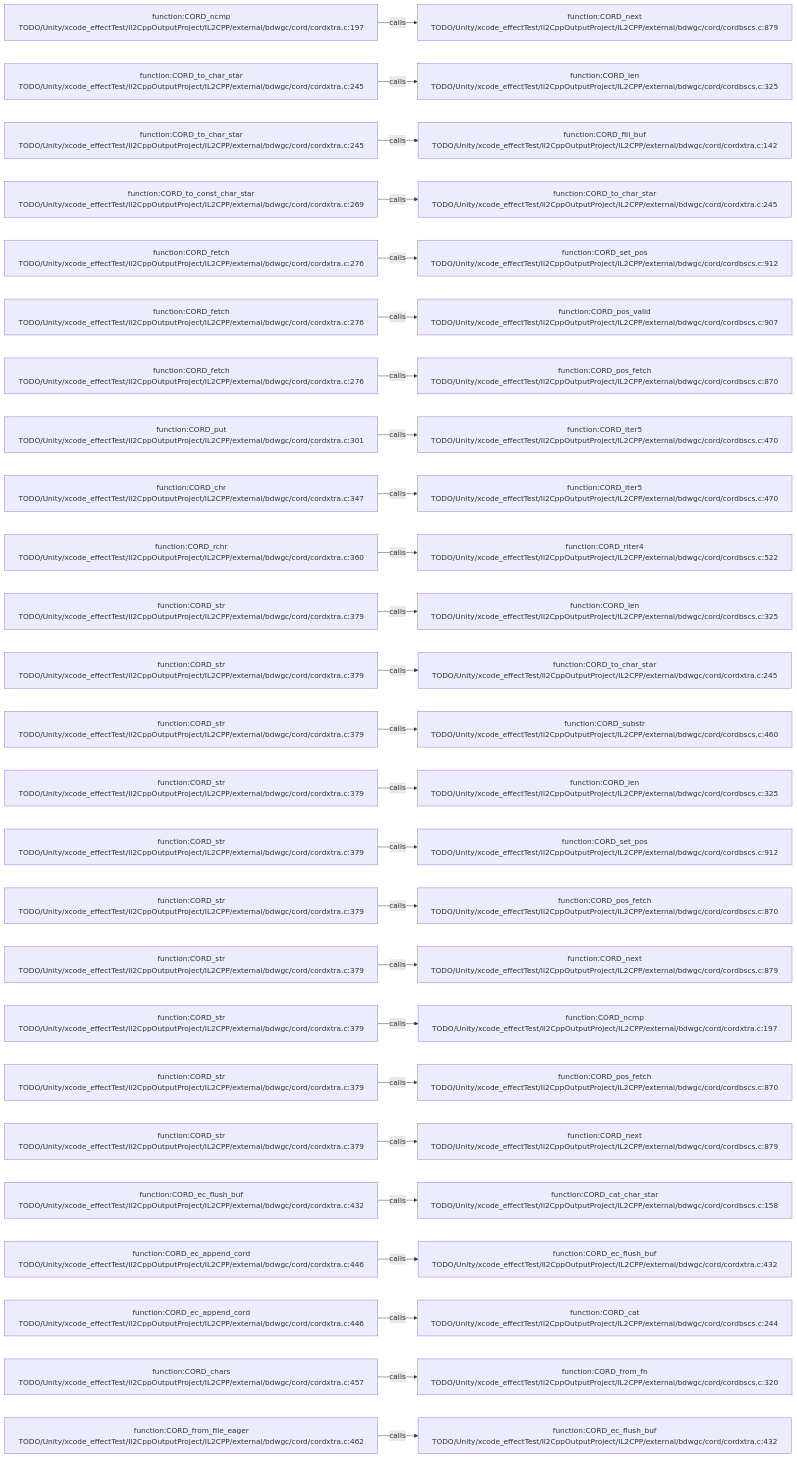
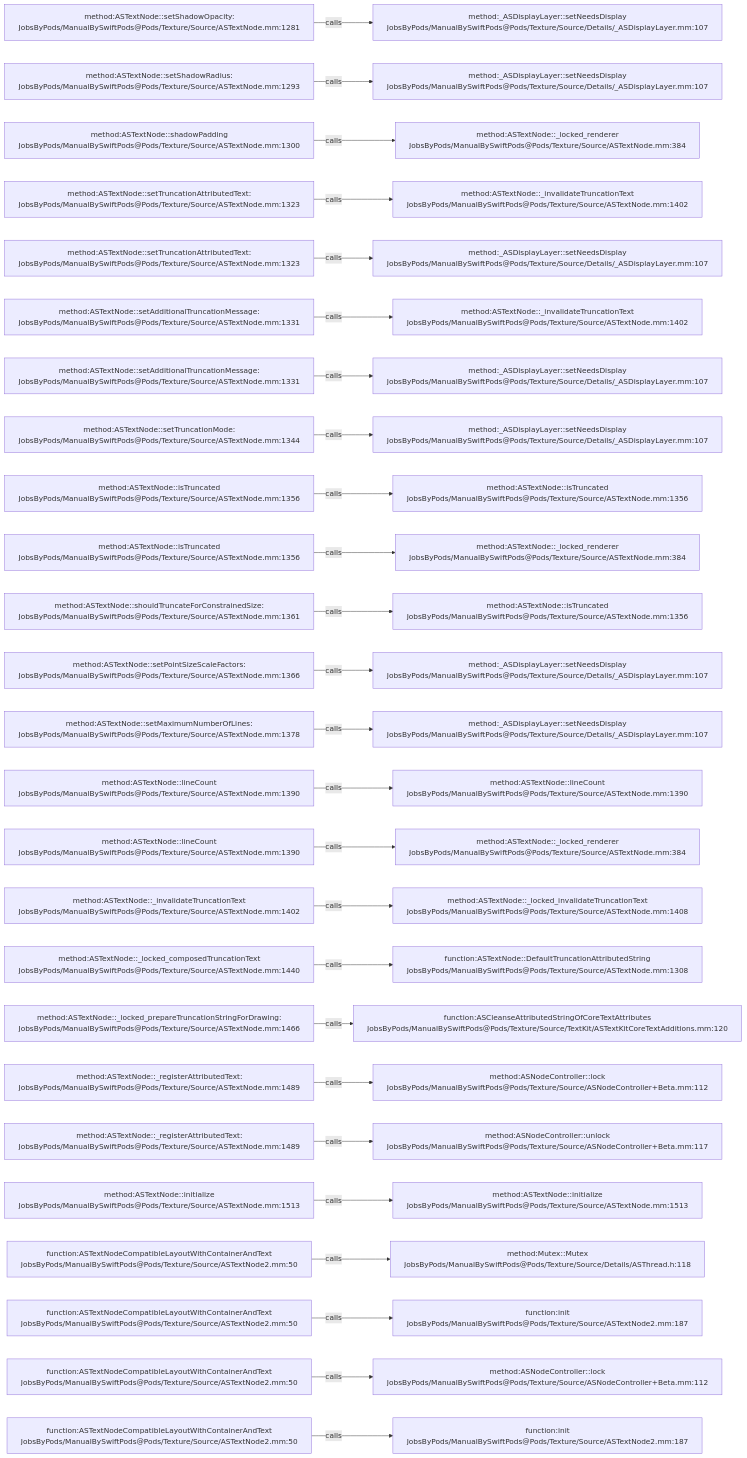
The diagram in .codegraph/codegraph.md/graphs/calls-088.md (JobsKits/JobsSwiftBaseConfigDemo), drawn with Mermaid before and after one commit. The commit also changed 2959 other files, not shown here.

````diff
--- a/.codegraph/codegraph.md/graphs/calls-088.md
+++ b/.codegraph/codegraph.md/graphs/calls-088.md
@@ -13,78 +13,78 @@
 ```mermaid
 flowchart LR
-  S1["function:CORD_ncmp<br/>TODO/Unity/xcode_effectTest/Il2CppOutputProject/IL2CPP/external/bdwgc/cord/cordxtra.c:197"]
-  T1["function:CORD_next<br/>TODO/Unity/xcode_effectTest/Il2CppOutputProject/IL2CPP/external/bdwgc/cord/cordbscs.c:879"]
+  S1["method:ASTextNode::setShadowOpacity:<br/>JobsByPods/ManualBySwiftPods@Pods/Texture/Source/ASTextNode.mm:1281"]
+  T1["method:_ASDisplayLayer::setNeedsDisplay<br/>JobsByPods/ManualBySwiftPods@Pods/Texture/Source/Details/_ASDisplayLayer.mm:107"]
   S1 -->|calls| T1
-  S2["function:CORD_to_char_star<br/>TODO/Unity/xcode_effectTest/Il2CppOutputProject/IL2CPP/external/bdwgc/cord/cordxtra.c:245"]
-  T2["function:CORD_len<br/>TODO/Unity/xcode_effectTest/Il2CppOutputProject/IL2CPP/external/bdwgc/cord/cordbscs.c:325"]
+  S2["method:ASTextNode::setShadowRadius:<br/>JobsByPods/ManualBySwiftPods@Pods/Texture/Source/ASTextNode.mm:1293"]
+  T2["method:_ASDisplayLayer::setNeedsDisplay<br/>JobsByPods/ManualBySwiftPods@Pods/Texture/Source/Details/_ASDisplayLayer.mm:107"]
   S2 -->|calls| T2
-  S3["function:CORD_to_char_star<br/>TODO/Unity/xcode_effectTest/Il2CppOutputProject/IL2CPP/external/bdwgc/cord/cordxtra.c:245"]
-  T3["function:CORD_fill_buf<br/>TODO/Unity/xcode_effectTest/Il2CppOutputProject/IL2CPP/external/bdwgc/cord/cordxtra.c:142"]
+  S3["method:ASTextNode::shadowPadding<br/>JobsByPods/ManualBySwiftPods@Pods/Texture/Source/ASTextNode.mm:1300"]
+  T3["method:ASTextNode::_locked_renderer<br/>JobsByPods/ManualBySwiftPods@Pods/Texture/Source/ASTextNode.mm:384"]
   S3 -->|calls| T3
-  S4["function:CORD_to_const_char_star<br/>TODO/Unity/xcode_effectTest/Il2CppOutputProject/IL2CPP/external/bdwgc/cord/cordxtra.c:269"]
-  T4["function:CORD_to_char_star<br/>TODO/Unity/xcode_effectTest/Il2CppOutputProject/IL2CPP/external/bdwgc/cord/cordxtra.c:245"]
+  S4["method:ASTextNode::setTruncationAttributedText:<br/>JobsByPods/ManualBySwiftPods@Pods/Texture/Source/ASTextNode.mm:1323"]
+  T4["method:ASTextNode::_invalidateTruncationText<br/>JobsByPods/ManualBySwiftPods@Pods/Texture/Source/ASTextNode.mm:1402"]
   S4 -->|calls| T4
-  S5["function:CORD_fetch<br/>TODO/Unity/xcode_effectTest/Il2CppOutputProject/IL2CPP/external/bdwgc/cord/cordxtra.c:276"]
-  T5["function:CORD_set_pos<br/>TODO/Unity/xcode_effectTest/Il2CppOutputProject/IL2CPP/external/bdwgc/cord/cordbscs.c:912"]
+  S5["method:ASTextNode::setTruncationAttributedText:<br/>JobsByPods/ManualBySwiftPods@Pods/Texture/Source/ASTextNode.mm:1323"]
+  T5["method:_ASDisplayLayer::setNeedsDisplay<br/>JobsByPods/ManualBySwiftPods@Pods/Texture/Source/Details/_ASDisplayLayer.mm:107"]
   S5 -->|calls| T5
-  S6["function:CORD_fetch<br/>TODO/Unity/xcode_effectTest/Il2CppOutputProject/IL2CPP/external/bdwgc/cord/cordxtra.c:276"]
-  T6["function:CORD_pos_valid<br/>TODO/Unity/xcode_effectTest/Il2CppOutputProject/IL2CPP/external/bdwgc/cord/cordbscs.c:907"]
+  S6["method:ASTextNode::setAdditionalTruncationMessage:<br/>JobsByPods/ManualBySwiftPods@Pods/Texture/Source/ASTextNode.mm:1331"]
+  T6["method:ASTextNode::_invalidateTruncationText<br/>JobsByPods/ManualBySwiftPods@Pods/Texture/Source/ASTextNode.mm:1402"]
   S6 -->|calls| T6
-  S7["function:CORD_fetch<br/>TODO/Unity/xcode_effectTest/Il2CppOutputProject/IL2CPP/external/bdwgc/cord/cordxtra.c:276"]
-  T7["function:CORD_pos_fetch<br/>TODO/Unity/xcode_effectTest/Il2CppOutputProject/IL2CPP/external/bdwgc/cord/cordbscs.c:870"]
+  S7["method:ASTextNode::setAdditionalTruncationMessage:<br/>JobsByPods/ManualBySwiftPods@Pods/Texture/Source/ASTextNode.mm:1331"]
+  T7["method:_ASDisplayLayer::setNeedsDisplay<br/>JobsByPods/ManualBySwiftPods@Pods/Texture/Source/Details/_ASDisplayLayer.mm:107"]
   S7 -->|calls| T7
-  S8["function:CORD_put<br/>TODO/Unity/xcode_effectTest/Il2CppOutputProject/IL2CPP/external/bdwgc/cord/cordxtra.c:301"]
-  T8["function:CORD_iter5<br/>TODO/Unity/xcode_effectTest/Il2CppOutputProject/IL2CPP/external/bdwgc/cord/cordbscs.c:470"]
+  S8["method:ASTextNode::setTruncationMode:<br/>JobsByPods/ManualBySwiftPods@Pods/Texture/Source/ASTextNode.mm:1344"]
+  T8["method:_ASDisplayLayer::setNeedsDisplay<br/>JobsByPods/ManualBySwiftPods@Pods/Texture/Source/Details/_ASDisplayLayer.mm:107"]
   S8 -->|calls| T8
-  S9["function:CORD_chr<br/>TODO/Unity/xcode_effectTest/Il2CppOutputProject/IL2CPP/external/bdwgc/cord/cordxtra.c:347"]
-  T9["function:CORD_iter5<br/>TODO/Unity/xcode_effectTest/Il2CppOutputProject/IL2CPP/external/bdwgc/cord/cordbscs.c:470"]
+  S9["method:ASTextNode::isTruncated<br/>JobsByPods/ManualBySwiftPods@Pods/Texture/Source/ASTextNode.mm:1356"]
+  T9["method:ASTextNode::isTruncated<br/>JobsByPods/ManualBySwiftPods@Pods/Texture/Source/ASTextNode.mm:1356"]
   S9 -->|calls| T9
-  S10["function:CORD_rchr<br/>TODO/Unity/xcode_effectTest/Il2CppOutputProject/IL2CPP/external/bdwgc/cord/cordxtra.c:360"]
-  T10["function:CORD_riter4<br/>TODO/Unity/xcode_effectTest/Il2CppOutputProject/IL2CPP/external/bdwgc/cord/cordbscs.c:522"]
+  S10["method:ASTextNode::isTruncated<br/>JobsByPods/ManualBySwiftPods@Pods/Texture/Source/ASTextNode.mm:1356"]
+  T10["method:ASTextNode::_locked_renderer<br/>JobsByPods/ManualBySwiftPods@Pods/Texture/Source/ASTextNode.mm:384"]
   S10 -->|calls| T10
-  S11["function:CORD_str<br/>TODO/Unity/xcode_effectTest/Il2CppOutputProject/IL2CPP/external/bdwgc/cord/cordxtra.c:379"]
-  T11["function:CORD_len<br/>TODO/Unity/xcode_effectTest/Il2CppOutputProject/IL2CPP/external/bdwgc/cord/cordbscs.c:325"]
+  S11["method:ASTextNode::shouldTruncateForConstrainedSize:<br/>JobsByPods/ManualBySwiftPods@Pods/Texture/Source/ASTextNode.mm:1361"]
+  T11["method:ASTextNode::isTruncated<br/>JobsByPods/ManualBySwiftPods@Pods/Texture/Source/ASTextNode.mm:1356"]
   S11 -->|calls| T11
-  S12["function:CORD_str<br/>TODO/Unity/xcode_effectTest/Il2CppOutputProject/IL2CPP/external/bdwgc/cord/cordxtra.c:379"]
-  T12["function:CORD_to_char_star<br/>TODO/Unity/xcode_effectTest/Il2CppOutputProject/IL2CPP/external/bdwgc/cord/cordxtra.c:245"]
+  S12["method:ASTextNode::setPointSizeScaleFactors:<br/>JobsByPods/ManualBySwiftPods@Pods/Texture/Source/ASTextNode.mm:1366"]
+  T12["method:_ASDisplayLayer::setNeedsDisplay<br/>JobsByPods/ManualBySwiftPods@Pods/Texture/Source/Details/_ASDisplayLayer.mm:107"]
   S12 -->|calls| T12
-  S13["function:CORD_str<br/>TODO/Unity/xcode_effectTest/Il2CppOutputProject/IL2CPP/external/bdwgc/cord/cordxtra.c:379"]
-  T13["function:CORD_substr<br/>TODO/Unity/xcode_effectTest/Il2CppOutputProject/IL2CPP/external/bdwgc/cord/cordbscs.c:460"]
+  S13["method:ASTextNode::setMaximumNumberOfLines:<br/>JobsByPods/ManualBySwiftPods@Pods/Texture/Source/ASTextNode.mm:1378"]
+  T13["method:_ASDisplayLayer::setNeedsDisplay<br/>JobsByPods/ManualBySwiftPods@Pods/Texture/Source/Details/_ASDisplayLayer.mm:107"]
   S13 -->|calls| T13
-  S14["function:CORD_str<br/>TODO/Unity/xcode_effectTest/Il2CppOutputProject/IL2CPP/external/bdwgc/cord/cordxtra.c:379"]
-  T14["function:CORD_len<br/>TODO/Unity/xcode_effectTest/Il2CppOutputProject/IL2CPP/external/bdwgc/cord/cordbscs.c:325"]
+  S14["method:ASTextNode::lineCount<br/>JobsByPods/ManualBySwiftPods@Pods/Texture/Source/ASTextNode.mm:1390"]
+  T14["method:ASTextNode::lineCount<br/>JobsByPods/ManualBySwiftPods@Pods/Texture/Source/ASTextNode.mm:1390"]
   S14 -->|calls| T14
-  S15["function:CORD_str<br/>TODO/Unity/xcode_effectTest/Il2CppOutputProject/IL2CPP/external/bdwgc/cord/cordxtra.c:379"]
-  T15["function:CORD_set_pos<br/>TODO/Unity/xcode_effectTest/Il2CppOutputProject/IL2CPP/external/bdwgc/cord/cordbscs.c:912"]
+  S15["method:ASTextNode::lineCount<br/>JobsByPods/ManualBySwiftPods@Pods/Texture/Source/ASTextNode.mm:1390"]
+  T15["method:ASTextNode::_locked_renderer<br/>JobsByPods/ManualBySwiftPods@Pods/Texture/Source/ASTextNode.mm:384"]
   S15 -->|calls| T15
-  S16["function:CORD_str<br/>TODO/Unity/xcode_effectTest/Il2CppOutputProject/IL2CPP/external/bdwgc/cord/cordxtra.c:379"]
-  T16["function:CORD_pos_fetch<br/>TODO/Unity/xcode_effectTest/Il2CppOutputProject/IL2CPP/external/bdwgc/cord/cordbscs.c:870"]
+  S16["method:ASTextNode::_invalidateTruncationText<br/>JobsByPods/ManualBySwiftPods@Pods/Texture/Source/ASTextNode.mm:1402"]
+  T16["method:ASTextNode::_locked_invalidateTruncationText<br/>JobsByPods/ManualBySwiftPods@Pods/Texture/Source/ASTextNode.mm:1408"]
   S16 -->|calls| T16
-  S17["function:CORD_str<br/>TODO/Unity/xcode_effectTest/Il2CppOutputProject/IL2CPP/external/bdwgc/cord/cordxtra.c:379"]
-  T17["function:CORD_next<br/>TODO/Unity/xcode_effectTest/Il2CppOutputProject/IL2CPP/external/bdwgc/cord/cordbscs.c:879"]
+  S17["method:ASTextNode::_locked_composedTruncationText<br/>JobsByPods/ManualBySwiftPods@Pods/Texture/Source/ASTextNode.mm:1440"]
+  T17["function:ASTextNode::DefaultTruncationAttributedString<br/>JobsByPods/ManualBySwiftPods@Pods/Texture/Source/ASTextNode.mm:1308"]
   S17 -->|calls| T17
-  S18["function:CORD_str<br/>TODO/Unity/xcode_effectTest/Il2CppOutputProject/IL2CPP/external/bdwgc/cord/cordxtra.c:379"]
-  T18["function:CORD_ncmp<br/>TODO/Unity/xcode_effectTest/Il2CppOutputProject/IL2CPP/external/bdwgc/cord/cordxtra.c:197"]
+  S18["method:ASTextNode::_locked_prepareTruncationStringForDrawing:<br/>JobsByPods/ManualBySwiftPods@Pods/Texture/Source/ASTextNode.mm:1466"]
+  T18["function:ASCleanseAttributedStringOfCoreTextAttributes<br/>JobsByPods/ManualBySwiftPods@Pods/Texture/Source/TextKit/ASTextKitCoreTextAdditions.mm:120"]
   S18 -->|calls| T18
-  S19["function:CORD_str<br/>TODO/Unity/xcode_effectTest/Il2CppOutputProject/IL2CPP/external/bdwgc/cord/cordxtra.c:379"]
-  T19["function:CORD_pos_fetch<br/>TODO/Unity/xcode_effectTest/Il2CppOutputProject/IL2CPP/external/bdwgc/cord/cordbscs.c:870"]
+  S19["method:ASTextNode::_registerAttributedText:<br/>JobsByPods/ManualBySwiftPods@Pods/Texture/Source/ASTextNode.mm:1489"]
+  T19["method:ASNodeController::lock<br/>JobsByPods/ManualBySwiftPods@Pods/Texture/Source/ASNodeController+Beta.mm:112"]
   S19 -->|calls| T19
-  S20["function:CORD_str<br/>TODO/Unity/xcode_effectTest/Il2CppOutputProject/IL2CPP/external/bdwgc/cord/cordxtra.c:379"]
-  T20["function:CORD_next<br/>TODO/Unity/xcode_effectTest/Il2CppOutputProject/IL2CPP/external/bdwgc/cord/cordbscs.c:879"]
+  S20["method:ASTextNode::_registerAttributedText:<br/>JobsByPods/ManualBySwiftPods@Pods/Texture/Source/ASTextNode.mm:1489"]
+  T20["method:ASNodeController::unlock<br/>JobsByPods/ManualBySwiftPods@Pods/Texture/Source/ASNodeController+Beta.mm:117"]
   S20 -->|calls| T20
-  S21["function:CORD_ec_flush_buf<br/>TODO/Unity/xcode_effectTest/Il2CppOutputProject/IL2CPP/external/bdwgc/cord/cordxtra.c:432"]
-  T21["function:CORD_cat_char_star<br/>TODO/Unity/xcode_effectTest/Il2CppOutputProject/IL2CPP/external/bdwgc/cord/cordbscs.c:158"]
+  S21["method:ASTextNode::initialize<br/>JobsByPods/ManualBySwiftPods@Pods/Texture/Source/ASTextNode.mm:1513"]
+  T21["method:ASTextNode::initialize<br/>JobsByPods/ManualBySwiftPods@Pods/Texture/Source/ASTextNode.mm:1513"]
   S21 -->|calls| T21
-  S22["function:CORD_ec_append_cord<br/>TODO/Unity/xcode_effectTest/Il2CppOutputProject/IL2CPP/external/bdwgc/cord/cordxtra.c:446"]
-  T22["function:CORD_ec_flush_buf<br/>TODO/Unity/xcode_effectTest/Il2CppOutputProject/IL2CPP/external/bdwgc/cord/cordxtra.c:432"]
+  S22["function:ASTextNodeCompatibleLayoutWithContainerAndText<br/>JobsByPods/ManualBySwiftPods@Pods/Texture/Source/ASTextNode2.mm:50"]
+  T22["method:Mutex::Mutex<br/>JobsByPods/ManualBySwiftPods@Pods/Texture/Source/Details/ASThread.h:118"]
   S22 -->|calls| T22
-  S23["function:CORD_ec_append_cord<br/>TODO/Unity/xcode_effectTest/Il2CppOutputProject/IL2CPP/external/bdwgc/cord/cordxtra.c:446"]
-  T23["function:CORD_cat<br/>TODO/Unity/xcode_effectTest/Il2CppOutputProject/IL2CPP/external/bdwgc/cord/cordbscs.c:244"]
+  S23["function:ASTextNodeCompatibleLayoutWithContainerAndText<br/>JobsByPods/ManualBySwiftPods@Pods/Texture/Source/ASTextNode2.mm:50"]
+  T23["function:init<br/>JobsByPods/ManualBySwiftPods@Pods/Texture/Source/ASTextNode2.mm:187"]
   S23 -->|calls| T23
-  S24["function:CORD_chars<br/>TODO/Unity/xcode_effectTest/Il2CppOutputProject/IL2CPP/external/bdwgc/cord/cordxtra.c:457"]
-  T24["function:CORD_from_fn<br/>TODO/Unity/xcode_effectTest/Il2CppOutputProject/IL2CPP/external/bdwgc/cord/cordbscs.c:320"]
+  S24["function:ASTextNodeCompatibleLayoutWithContainerAndText<br/>JobsByPods/ManualBySwiftPods@Pods/Texture/Source/ASTextNode2.mm:50"]
+  T24["method:ASNodeController::lock<br/>JobsByPods/ManualBySwiftPods@Pods/Texture/Source/ASNodeController+Beta.mm:112"]
   S24 -->|calls| T24
-  S25["function:CORD_from_file_eager<br/>TODO/Unity/xcode_effectTest/Il2CppOutputProject/IL2CPP/external/bdwgc/cord/cordxtra.c:462"]
-  T25["function:CORD_ec_flush_buf<br/>TODO/Unity/xcode_effectTest/Il2CppOutputProject/IL2CPP/external/bdwgc/cord/cordxtra.c:432"]
+  S25["function:ASTextNodeCompatibleLayoutWithContainerAndText<br/>JobsByPods/ManualBySwiftPods@Pods/Texture/Source/ASTextNode2.mm:50"]
+  T25["function:init<br/>JobsByPods/ManualBySwiftPods@Pods/Texture/Source/ASTextNode2.mm:187"]
   S25 -->|calls| T25
 ```
````
